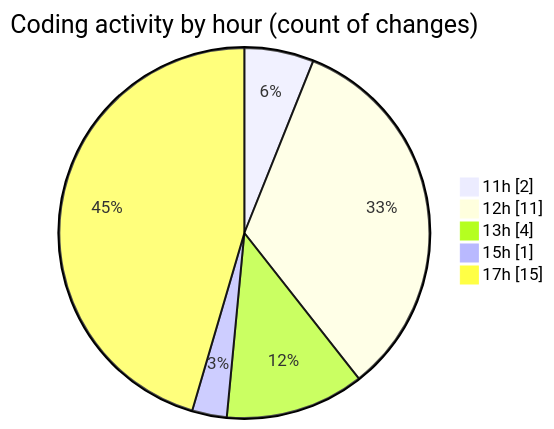
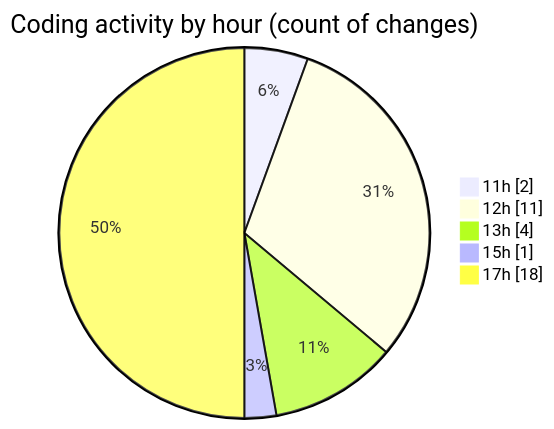
One commit to nxtqubesakshisongat/code-tracking changed the second of 2 diagrams in 2025-12-08/nxtqube_webapp/README.md. Above: the diagram before and after it, drawn with Mermaid. The commit also changed other lines of this file and 1 other file, not shown here.

````diff
--- a/2025-12-08/nxtqube_webapp/README.md
+++ b/2025-12-08/nxtqube_webapp/README.md
@@ -34,9 +34,9 @@
 ```mermaid
 pie showData
 title Coding activity by hour (count of changes)
 "11h" : 2
 "12h" : 11
 "13h" : 4
 "15h" : 1
-"17h" : 15
+"17h" : 18
 ```
````
